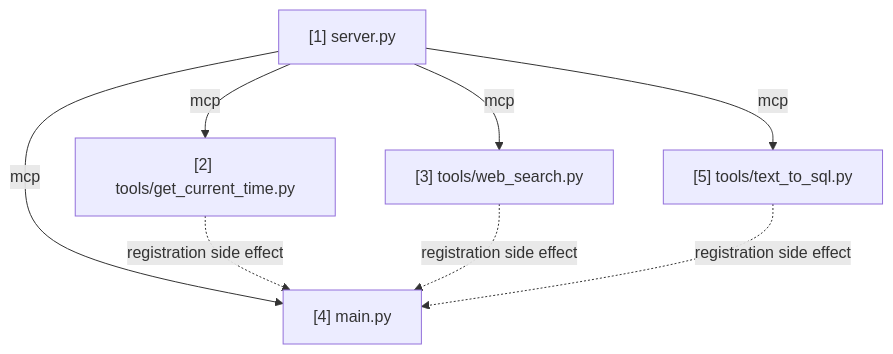
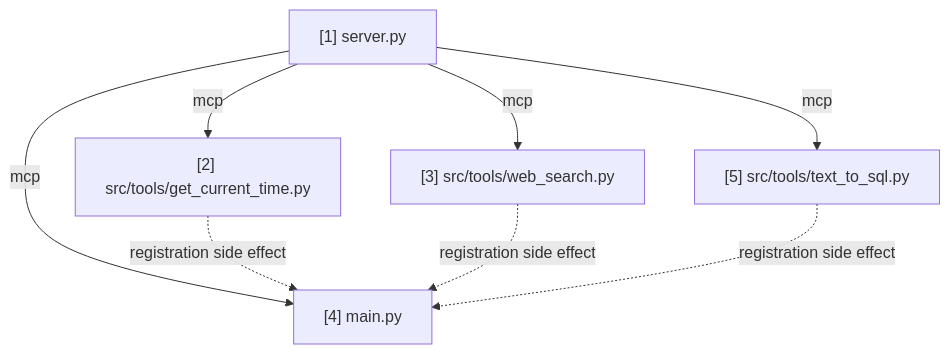
Before and after one commit to viplav-artha/mcp-tools: the diagram in NOTES.md, drawn with Mermaid. The commit also changed other lines of this file and 12 other files, not shown here.

Commit message:
Move tools into src/, add pyproject.toml and docs

````diff
--- a/NOTES.md
+++ b/NOTES.md
@@ -66,15 +73,15 @@
 ```mermaid
 graph TD
     n1["[1] server.py"]
-    n2["[2] tools/get_current_time.py"]
-    n3["[3] tools/web_search.py"]
+    n2["[2] src/tools/get_current_time.py"]
+    n3["[3] src/tools/web_search.py"]
     n4["[4] main.py"]
-    n5["[5] tools/text_to_sql.py"]
+    n5["[5] src/tools/text_to_sql.py"]
     n1 -->|mcp| n2
     n1 -->|mcp| n3
     n1 -->|mcp| n4
     n1 -->|mcp| n5
     n2 -.->|registration side effect| n4
     n3 -.->|registration side effect| n4
     n5 -.->|registration side effect| n4
 ```
````
